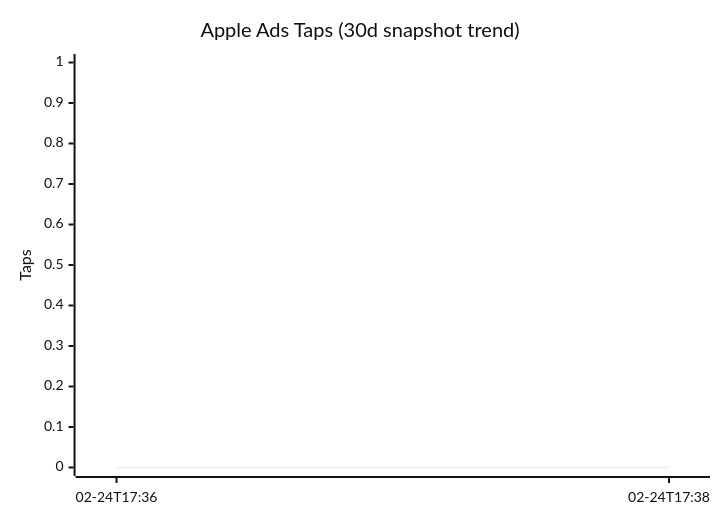
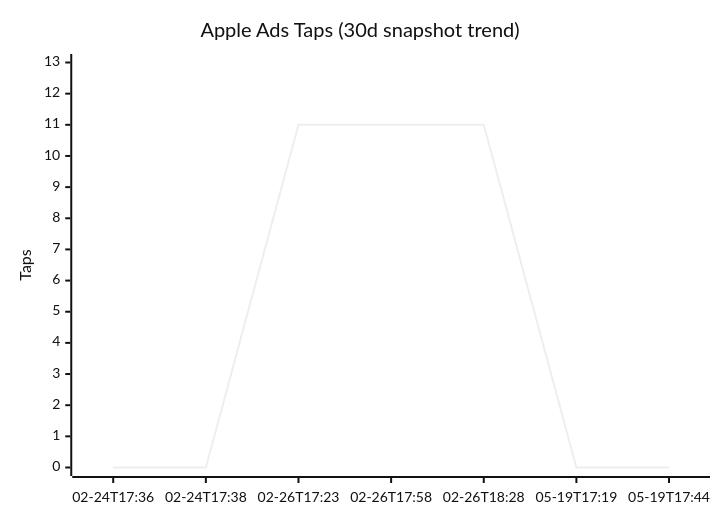
Before and after one commit to IgorGanapolsky/Random-Timer: the third of 4 diagrams in wiki/Paid-Acquisition.md, drawn with Mermaid (neutral theme). The commit also changed other lines of this file and 9 other files, not shown here.

````diff
--- a/wiki/Paid-Acquisition.md
+++ b/wiki/Paid-Acquisition.md
@@ -59,7 +58,7 @@
 ```mermaid
 xychart-beta
     title "Apple Ads Taps (30d snapshot trend)"
-    x-axis ["02-24T17:36" , "02-24T17:38"]
-    y-axis "Taps" 0 --> 1
-    line [0 , 0]
+    x-axis ["02-24T17:36" , "02-24T17:38" , "02-26T17:23" , "02-26T17:58" , "02-26T18:28" , "05-19T17:19" , "05-19T17:44"]
+    y-axis "Taps" 0 --> 13
+    line [0 , 0 , 11 , 11 , 11 , 0 , 0]
 ```
````
